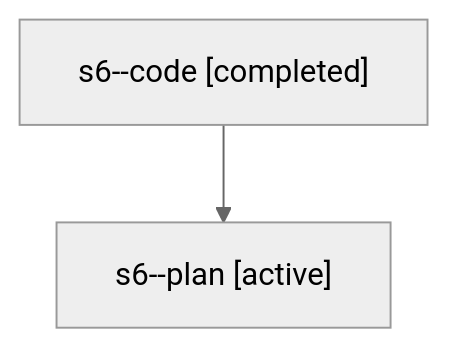
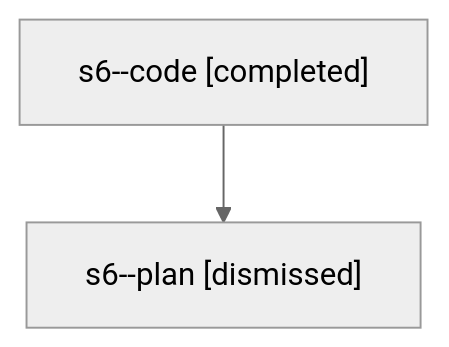
Before and after one commit to sase-org/sase--agents: the diagram in sessions/bbugyi200.athena.s6.md, drawn with Mermaid (neutral theme). The commit also changed other lines of this file and 22 other files, not shown here.

````diff
--- a/sessions/bbugyi200.athena.s6.md
+++ b/sessions/bbugyi200.athena.s6.md
@@ -9,6 +9,6 @@
 ```mermaid
 flowchart TD
   n0["s6--code [completed]"]
-  n1["s6--plan [active]"]
+  n1["s6--plan [dismissed]"]
   n0 --> n1
 ```
````
